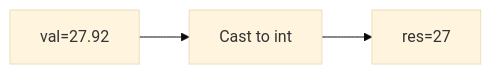
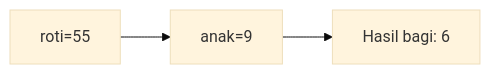
One commit to amnahwaida/OSNK_INF_PREP changed the fifth of 25 diagrams in part-c-pemahaman-cpp/01-tipe-data/latihan/set-08.md. Above: the diagram before and after it, drawn with Mermaid (base theme). The commit also changed other lines of this file and 71 other files, not shown here.

````diff
--- a/part-c-pemahaman-cpp/01-tipe-data/latihan/set-08.md
+++ b/part-c-pemahaman-cpp/01-tipe-data/latihan/set-08.md
@@ -102,5 +135,5 @@
 ```mermaid
 graph LR
-A["val=27.92"] --> B["Cast to int"]
-B --> C["res=27"]
+A["roti=55"] --> B["anak=9"]
+B --> C["Hasil bagi: 6"]
 ```
````
